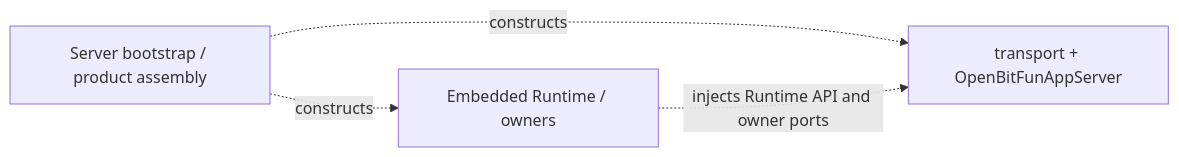
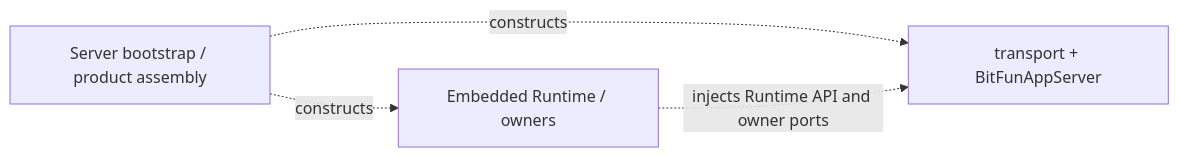
The second of 17 diagrams in docs/architecture/agent-runtime-deployment-design.md (SWangHash/BitFun-OHOS), drawn with Mermaid before and after one commit. The commit also changed other lines of this file and 5384 other files, not shown here.

````diff
--- a/docs/architecture/agent-runtime-deployment-design.md
+++ b/docs/architecture/agent-runtime-deployment-design.md
@@ -43,6 +43,6 @@
 ```mermaid
 flowchart LR
-  Bootstrap["Server bootstrap / product assembly"] -. "constructs" .-> Host["transport + OpenBitFunAppServer"]
+  Bootstrap["Server bootstrap / product assembly"] -. "constructs" .-> Host["transport + BitFunAppServer"]
   Bootstrap -. "constructs" .-> Runtime["Embedded Runtime / owners"]
   Runtime -. "injects Runtime API and owner ports" .-> Host
 ```
````
